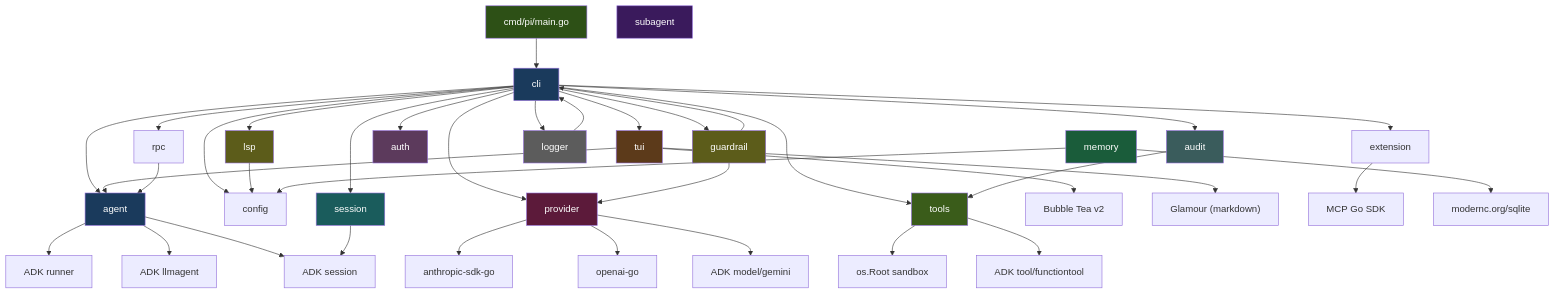
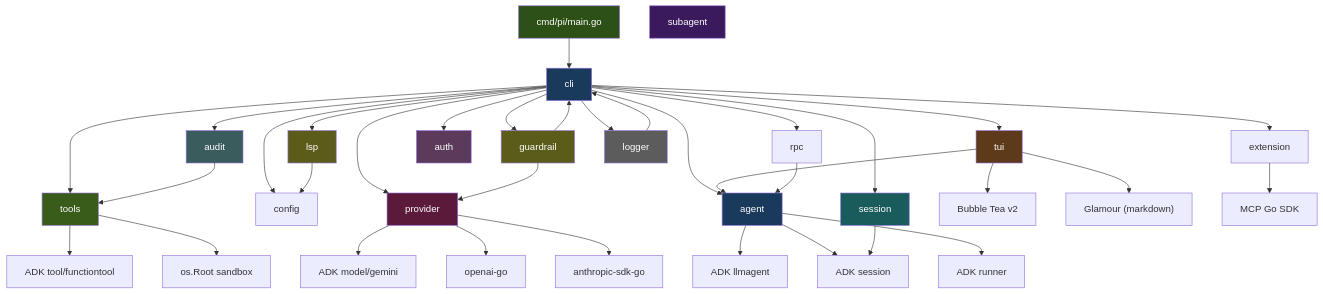
One commit to Pizzaface/pi-go changed the first of 14 diagrams in ARCHITECTURE.md. Above: the diagram before and after it, drawn with Mermaid. The commit also changed other lines of this file and 10 other files, not shown here.

````diff
--- a/ARCHITECTURE.md
+++ b/ARCHITECTURE.md
@@ -32,66 +32,62 @@
 ```mermaid
 graph TD
     main["cmd/pi/main.go"] --> cli["cli"]
     cli --> agent["agent"]
     cli --> config["config"]
     cli --> provider["provider"]
     cli --> tools["tools"]
     cli --> extension["extension"]
     cli --> session["session"]
     cli --> tui["tui"]
     cli --> rpc["rpc"]
     cli --> lsp["lsp"]
     cli --> guardrail["guardrail"]
     cli --> auth["auth"]
     cli --> audit["audit"]
     cli --> logger["logger"]
 
     agent --> adk_runner["ADK runner"]
     agent --> adk_llmagent["ADK llmagent"]
     agent --> adk_session["ADK session"]
 
     provider --> anthropic_sdk["anthropic-sdk-go"]
     provider --> openai_sdk["openai-go"]
     provider --> adk_gemini["ADK model/gemini"]
 
     tools --> sandbox["os.Root sandbox"]
     tools --> adk_tool["ADK tool/functiontool"]
 
 
     lsp --> config
 
     tui --> bubbletea["Bubble Tea v2"]
     tui --> glamour["Glamour (markdown)"]
     tui --> agent
 
     rpc --> agent
 
     extension --> mcp_sdk["MCP Go SDK"]
 
     session --> adk_session
 
     guardrail --> cli
     guardrail --> provider
 
-    memory["memory"] --> sqlite["modernc.org/sqlite"]
-    memory --> config
-
     audit --> tools
 
     logger --> cli
 
     style main fill:#2d5016,color:#fff
     style cli fill:#1a3a5c,color:#fff
     style agent fill:#1a3a5c,color:#fff
     style provider fill:#5c1a3a,color:#fff
     style tools fill:#3a5c1a,color:#fff
     style tui fill:#5c3a1a,color:#fff
     style session fill:#1a5c5c,color:#fff
     style subagent fill:#3a1a5c,color:#fff
     style lsp fill:#5c5c1a,color:#fff
     style guardrail fill:#5c5c1a,color:#fff
     style auth fill:#5c3a5c,color:#fff
     style audit fill:#3a5c5c,color:#fff
     style logger fill:#5c5c5c,color:#fff
-    style memory fill:#1a5c3a,color:#fff
 ```
````
